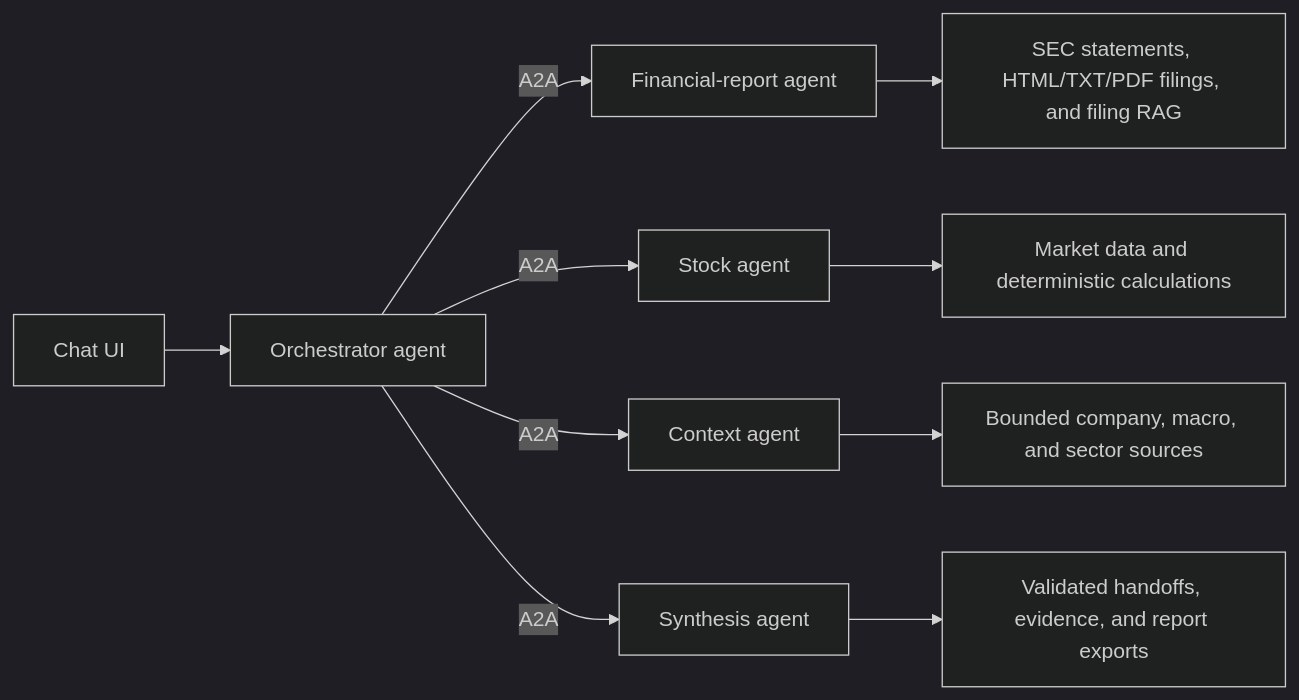
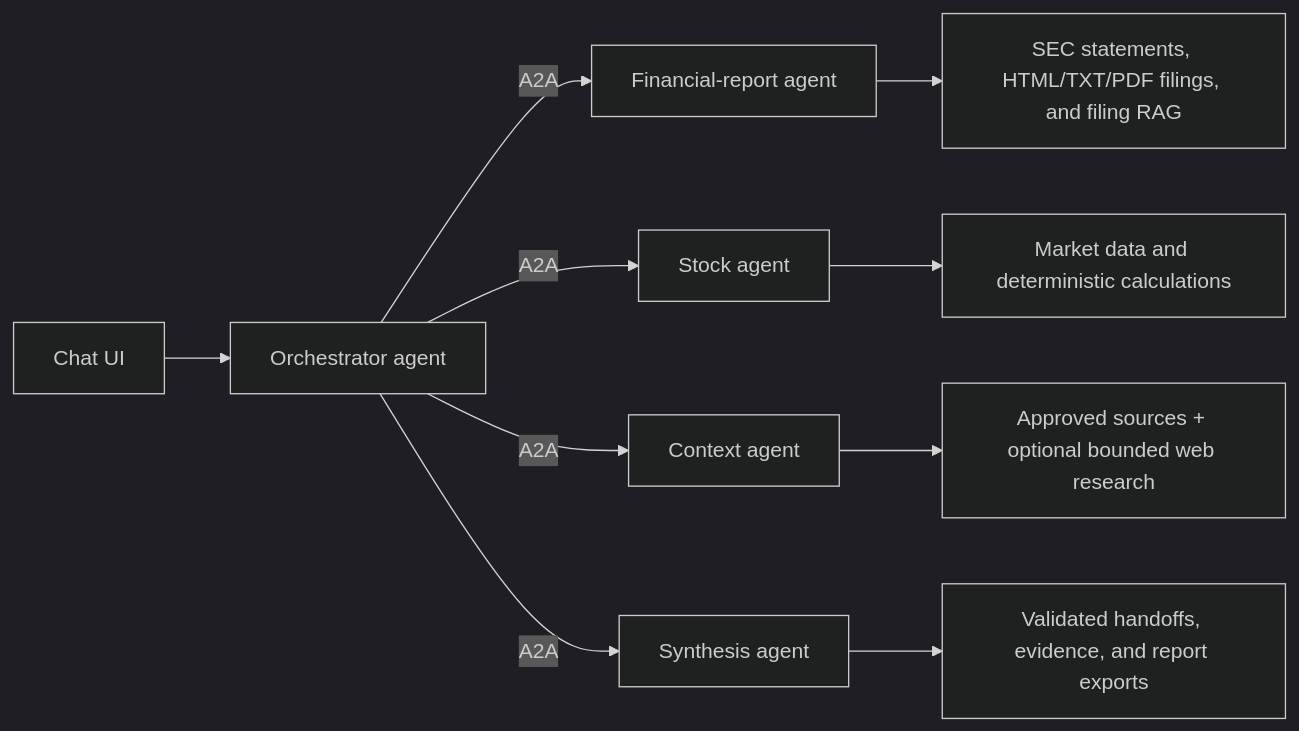
Before and after one commit to Ossi-1337/financial-research-agent: the first of 3 diagrams in docs/architecture.md, drawn with Mermaid (dark theme). The commit also changed other lines of this file and 42 other files, not shown here.

First line of the commit message:
Add secure web research and typo-tolerant financial routing

````diff
--- a/docs/architecture.md
+++ b/docs/architecture.md
@@ -9,14 +9,14 @@
 ```mermaid
 flowchart LR
     UI["Chat UI"] --> ORC["Orchestrator agent"]
 
     ORC -->|A2A| FIN["Financial-report agent"]
     ORC -->|A2A| STOCK["Stock agent"]
     ORC -->|A2A| CONTEXT["Context agent"]
     ORC -->|A2A| SYNTH["Synthesis agent"]
 
     FIN --> FINTOOLS["SEC statements, HTML/TXT/PDF filings, and filing RAG"]
     STOCK --> STOCKTOOLS["Market data and deterministic calculations"]
-    CONTEXT --> CONTEXTTOOLS["Bounded company, macro, and sector sources"]
+    CONTEXT --> CONTEXTTOOLS["Approved sources + optional bounded web research"]
     SYNTH --> EVIDENCE["Validated handoffs, evidence, and report exports"]
 ```
````
